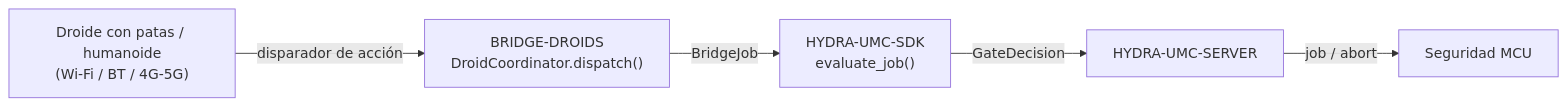
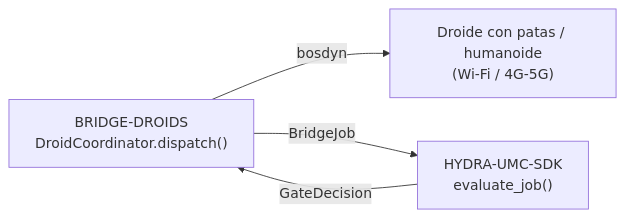
The diagram in README_spa.md (JuanenRac/HYDRA-UMC-BRIDGE-DROIDS), drawn with Mermaid before and after one commit. The commit also changed other lines of this file and 20 other files, not shown here.

````diff
--- a/README_spa.md
+++ b/README_spa.md
@@ -50,7 +51,6 @@
 ```mermaid
 flowchart LR
-    DROID["Droide con patas / humanoide<br/>(Wi-Fi / BT / 4G-5G)"] -- "disparador de acción" --> BRIDGE["BRIDGE-DROIDS<br/>DroidCoordinator.dispatch()"]
+    BRIDGE["BRIDGE-DROIDS<br/>DroidCoordinator.dispatch()"] -- "bosdyn" --> DROID["Droide con patas / humanoide<br/>(Wi-Fi / 4G-5G)"]
     BRIDGE -- BridgeJob --> SDK["HYDRA-UMC-SDK<br/>evaluate_job()"]
-    SDK -- GateDecision --> SERVER["HYDRA-UMC-SERVER"]
-    SERVER -- "job / abort" --> MCU["Seguridad MCU"]
+    SDK -- GateDecision --> BRIDGE
 ```
````
